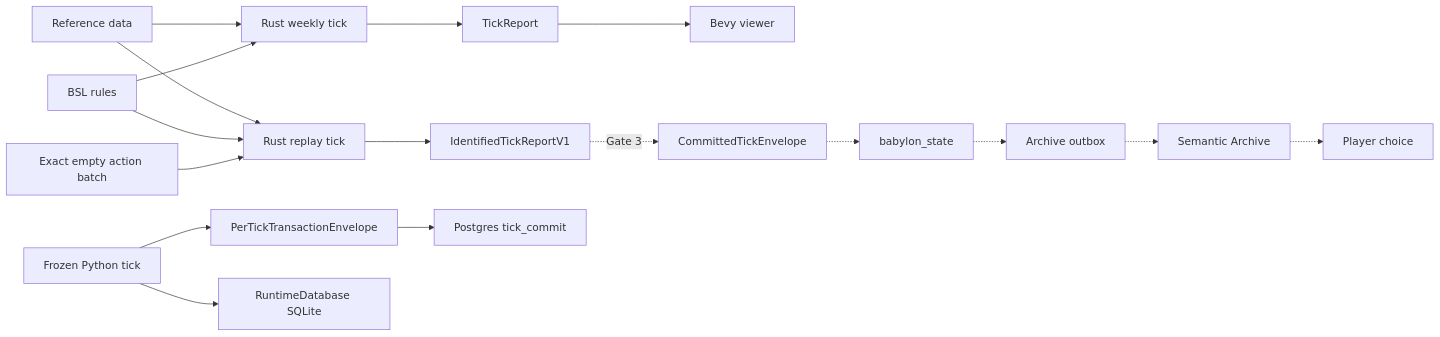
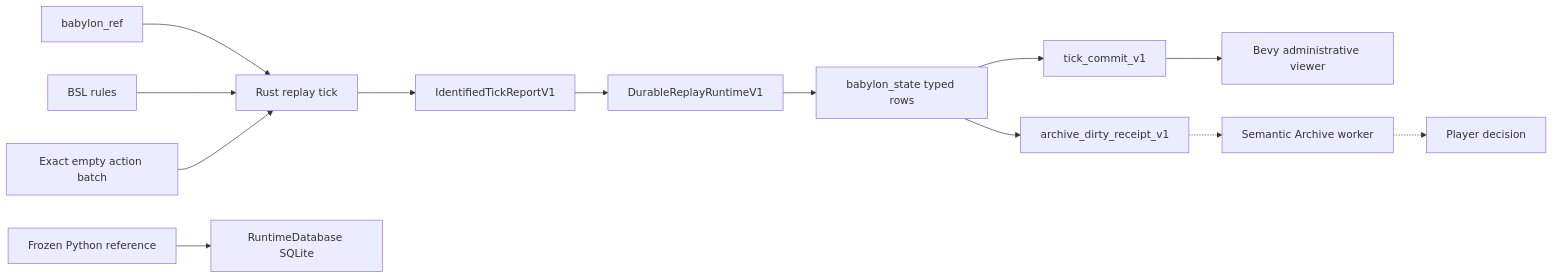
One commit to percy-raskova/babylon changed the diagram in docs/concepts/architecture.rst. Above: the diagram before and after it, drawn with Mermaid. The commit also changed other lines of this file and 138 other files, not shown here.

```diff
--- a/docs/concepts/architecture.rst
+++ b/docs/concepts/architecture.rst
@@ -175,19 +159,15 @@
 .. mermaid::
 
    flowchart LR
-       REF["Reference data"] --> TICK["Rust weekly tick"]
+       REF["babylon_ref"] --> TICK["Rust replay tick"]
        BSL["BSL rules"] --> TICK
-       TICK --> REPORT["TickReport"]
-       REPORT --> VIEW["Bevy viewer"]
-       REF --> REPLAY["Rust replay tick"]
-       BSL --> REPLAY
-       EMPTY["Exact empty action batch"] --> REPLAY
-       REPLAY --> IDENTIFIED["IdentifiedTickReportV1"]
-       PY["Frozen Python tick"] --> OLDENV["PerTickTransactionEnvelope"]
-       OLDENV --> PG["Postgres tick_commit"]
-       PY --> SQLITE["RuntimeDatabase SQLite"]
-       IDENTIFIED -. "Gate 3" .-> ENV["CommittedTickEnvelope"]
-       ENV -.-> STATE["babylon_state"]
-       STATE -.-> OUTBOX["Archive outbox"]
-       OUTBOX -.-> ARCHIVE["Semantic Archive"]
-       ARCHIVE -.-> CHOICE["Player choice"]
+       EMPTY["Exact empty action batch"] --> TICK
+       TICK --> IDENTIFIED["IdentifiedTickReportV1"]
+       IDENTIFIED --> RUNTIME["DurableReplayRuntimeV1"]
+       RUNTIME --> STATE["babylon_state typed rows"]
+       STATE --> MARKER["tick_commit_v1"]
+       STATE --> DIRTY["archive_dirty_receipt_v1"]
+       MARKER --> VIEW["Bevy administrative viewer"]
+       PY["Frozen Python reference"] --> SQLITE["RuntimeDatabase SQLite"]
+       DIRTY -.-> ARCHIVE["Semantic Archive worker"]
+       ARCHIVE -.-> CHOICE["Player decision"]
```
